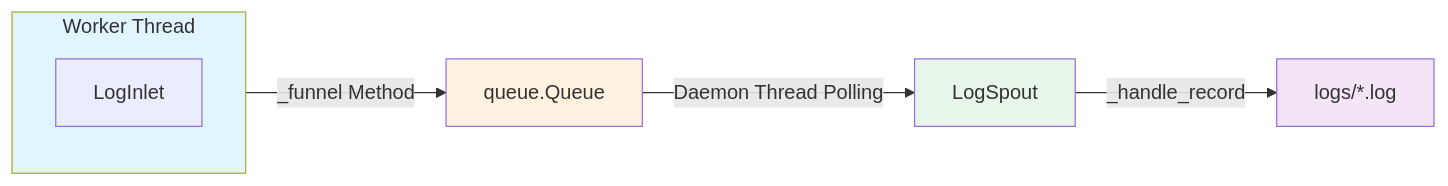
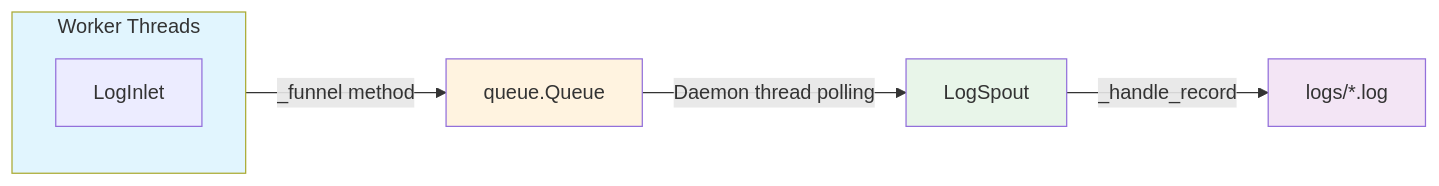
The first of 2 diagrams in docs/en/src/persistence/core_log.md (Mr-xiaotian/CelestialFlow), drawn with Mermaid before and after one commit. The commit also changed other lines of this file and 278 other files, not shown here.

````diff
--- a/docs/en/src/persistence/core_log.md
+++ b/docs/en/src/persistence/core_log.md
@@ -15,14 +15,14 @@
 ```mermaid
 flowchart LR
-    subgraph Worker[Worker Thread]
+    subgraph Worker[Worker Threads]
         Inlet[LogInlet]
     end
-    Worker -->|_funnel Method| Queue[queue.Queue]
-    Queue -->|Daemon Thread Polling| Spout[LogSpout]
+    Worker -->|_funnel method| Queue[queue.Queue]
+    Queue -->|Daemon thread polling| Spout[LogSpout]
     Spout -->|_handle_record| File[logs/*.log]
 
     style Worker fill:#e1f5fe
     style Queue fill:#fff3e0
     style Spout fill:#e8f5e9
     style File fill:#f3e5f5
 ```
````
